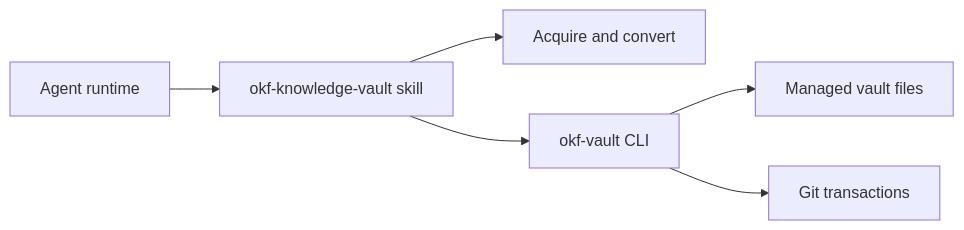
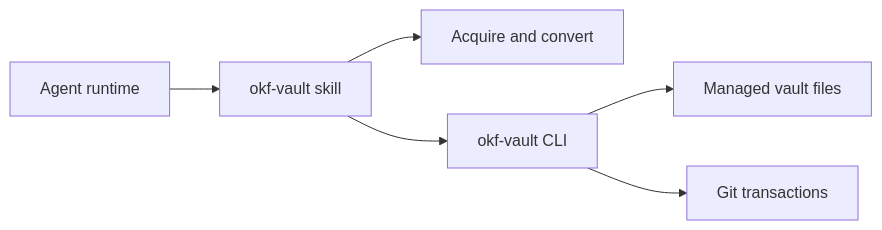
One commit to rafiti052/okf-vault changed the diagram in README.md. Above: the diagram before and after it, drawn with Mermaid. The commit also changed other lines of this file and 55 other files, not shown here.

Commit message:
Rename canonical skill to okf-vault

````diff
--- a/README.md
+++ b/README.md
@@ -9,8 +9,8 @@
 ```mermaid
 flowchart LR
-  Agent[Agent runtime] --> Skill[okf-knowledge-vault skill]
+  Agent[Agent runtime] --> Skill[okf-vault skill]
   Skill --> Acquire[Acquire and convert]
   Skill --> Helper[okf-vault CLI]
   Helper --> Vault[Managed vault files]
   Helper --> Git[Git transactions]
 ```
````
